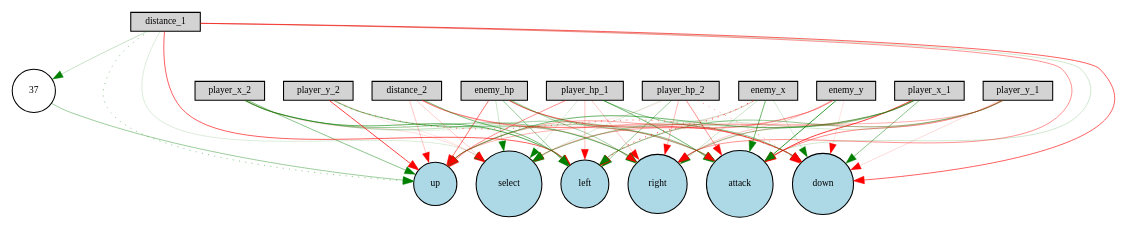
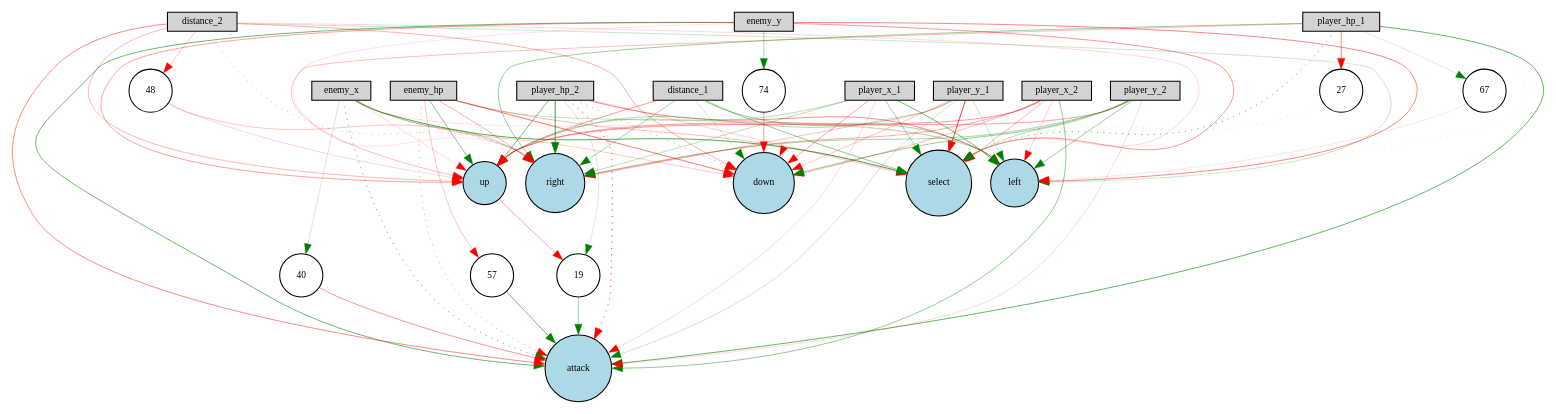
The diagram in neat/neat3/Digraph.gv (zxcvbnmditto/StarCraft2-Happy-Kitting), drawn with Graphviz before and after one commit. The commit also changed 111 other files, not shown here.

```diff
--- a/neat/neat3/Digraph.gv
+++ b/neat/neat3/Digraph.gv
@@ -1,89 +1,107 @@
 digraph {
 	node [fontsize=9 height=0.2 shape=circle width=0.2]
 	enemy_hp [fillcolor=lightgray shape=box style=filled]
 	player_hp_1 [fillcolor=lightgray shape=box style=filled]
 	player_hp_2 [fillcolor=lightgray shape=box style=filled]
 	enemy_x [fillcolor=lightgray shape=box style=filled]
 	enemy_y [fillcolor=lightgray shape=box style=filled]
 	player_x_1 [fillcolor=lightgray shape=box style=filled]
 	player_y_1 [fillcolor=lightgray shape=box style=filled]
 	player_x_2 [fillcolor=lightgray shape=box style=filled]
 	player_y_2 [fillcolor=lightgray shape=box style=filled]
 	distance_1 [fillcolor=lightgray shape=box style=filled]
 	distance_2 [fillcolor=lightgray shape=box style=filled]
 	attack [fillcolor=lightblue style=filled]
 	up [fillcolor=lightblue style=filled]
 	down [fillcolor=lightblue style=filled]
 	left [fillcolor=lightblue style=filled]
 	right [fillcolor=lightblue style=filled]
 	select [fillcolor=lightblue style=filled]
-	37 [fillcolor=white style=filled]
-	enemy_x -> select [color=red penwidth=0.148402605639669 style=solid]
-	distance_1 -> down [color=red penwidth=0.5921571532000358 style=solid]
-	enemy_hp -> attack [color=green penwidth=0.4091626575210294 style=solid]
-	player_y_1 -> right [color=red penwidth=0.16676778141570975 style=solid]
-	distance_2 -> up [color=red penwidth=0.22333139187010934 style=solid]
-	enemy_y -> select [color=red penwidth=0.27555166276486487 style=solid]
-	player_x_1 -> left [color=red penwidth=0.17807673333852178 style=solid]
-	enemy_hp -> right [color=green penwidth=0.3287016730295921 style=solid]
-	player_y_2 -> down [color=red penwidth=0.5725557623620717 style=dotted]
-	enemy_x -> down [color=green penwidth=0.16983377529714533 style=solid]
-	player_y_1 -> attack [color=red penwidth=0.4437868176003422 style=solid]
-	player_y_2 -> select [color=red penwidth=0.10479136429554742 style=solid]
-	distance_2 -> select [color=red penwidth=0.1888121927023826 style=solid]
-	player_hp_1 -> select [color=green penwidth=0.14787002485821024 style=solid]
-	player_hp_2 -> left [color=green penwidth=0.38466174962223787 style=solid]
-	player_x_2 -> up [color=green penwidth=0.44494368658718575 style=solid]
-	player_x_2 -> right [color=green penwidth=0.38872500336539817 style=solid]
-	player_hp_1 -> attack [color=green penwidth=0.5386486055055838 style=solid]
-	distance_1 -> left [color=red penwidth=0.5996038387885452 style=solid]
-	37 -> up [color=green penwidth=0.36700964971858474 style=solid]
-	enemy_hp -> up [color=red penwidth=0.5273439637002881 style=solid]
-	enemy_y -> up [color=red penwidth=0.32165497347696304 style=solid]
-	distance_2 -> attack [color=red penwidth=0.3297070187297245 style=solid]
-	player_y_2 -> left [color=green penwidth=0.1228791512924999 style=solid]
-	player_x_1 -> attack [color=red penwidth=0.7429642948124171 style=solid]
-	enemy_x -> left [color=red penwidth=0.7629496138425892 style=dotted]
-	enemy_y -> left [color=green penwidth=0.18643583169817263 style=dotted]
-	distance_1 -> right [color=red penwidth=0.4073124066805296 style=solid]
-	distance_2 -> right [color=red penwidth=0.1317606561808157 style=solid]
-	enemy_y -> right [color=red penwidth=0.2069974517832121 style=solid]
-	player_x_1 -> right [color=green penwidth=0.3978685951244343 style=solid]
-	player_y_2 -> up [color=red penwidth=0.7082072771874427 style=solid]
-	player_hp_2 -> down [color=red penwidth=0.38321188662345507 style=dotted]
-	player_y_1 -> left [color=green penwidth=0.40016399500554023 style=solid]
-	distance_1 -> attack [color=green penwidth=0.17847167140796572 style=solid]
-	player_x_2 -> down [color=green penwidth=0.10744898343158746 style=solid]
-	enemy_y -> attack [color=green penwidth=0.7586611290395692 style=solid]
-	enemy_y -> down [color=red penwidth=0.11371400403161608 style=solid]
-	player_hp_1 -> down [color=green penwidth=0.4264679864258003 style=solid]
-	player_x_1 -> up [color=green penwidth=0.5018572603567156 style=solid]
-	player_x_2 -> select [color=red penwidth=0.11758865500116777 style=solid]
-	enemy_hp -> down [color=red penwidth=0.5750774471619617 style=solid]
-	player_hp_1 -> up [color=red penwidth=0.42667216210096137 style=solid]
-	distance_1 -> select [color=green penwidth=0.1382542893435708 style=solid]
-	distance_2 -> left [color=green penwidth=0.5136282535752663 style=solid]
-	player_hp_2 -> up [color=red penwidth=0.10019237536710822 style=solid]
-	player_x_1 -> select [color=green penwidth=0.2524557578012204 style=solid]
-	player_y_2 -> attack [color=green penwidth=0.144353750454876 style=solid]
-	enemy_x -> attack [color=green penwidth=0.551444527060225 style=solid]
-	player_y_1 -> down [color=red penwidth=0.13840233838575056 style=solid]
-	distance_1 -> up [color=green penwidth=0.4165554251346093 style=dotted]
-	distance_1 -> 37 [color=green penwidth=0.21772336449779933 style=solid]
-	player_hp_2 -> select [color=green penwidth=0.13630393526712808 style=solid]
-	player_y_2 -> right [color=green penwidth=0.3891567456865773 style=solid]
-	enemy_hp -> select [color=green penwidth=0.19854925809279397 style=solid]
-	enemy_x -> right [color=green penwidth=0.20826457747136864 style=solid]
-	player_hp_1 -> left [color=red penwidth=0.22762330030349512 style=solid]
-	player_y_1 -> select [color=green penwidth=0.17595713704554672 style=solid]
-	distance_2 -> down [color=red penwidth=0.2752145029106515 style=solid]
-	player_x_2 -> left [color=green penwidth=0.5799479134838335 style=solid]
-	player_hp_2 -> attack [color=red penwidth=0.41922668602728397 style=solid]
-	player_x_1 -> down [color=green penwidth=0.4363954598525388 style=solid]
-	enemy_hp -> left [color=green penwidth=0.39622269875491944 style=solid]
-	enemy_x -> up [color=green penwidth=0.16598040949599568 style=solid]
-	player_y_1 -> up [color=red penwidth=0.2873602793197182 style=solid]
-	player_hp_1 -> right [color=red penwidth=0.2052735512391483 style=solid]
-	player_hp_2 -> right [color=red penwidth=0.27354277922063397 style=solid]
-	player_x_2 -> attack [color=green penwidth=0.2609364522417229 style=solid]
+	67 [fillcolor=white style=filled]
+	40 [fillcolor=white style=filled]
+	74 [fillcolor=white style=filled]
+	48 [fillcolor=white style=filled]
+	19 [fillcolor=white style=filled]
+	57 [fillcolor=white style=filled]
+	27 [fillcolor=white style=filled]
+	enemy_x -> select [color=green penwidth=0.627700623530147 style=solid]
+	player_hp_1 -> 27 [color=red penwidth=0.47727979086579964 style=solid]
+	distance_1 -> down [color=green penwidth=0.1727638357311606 style=solid]
+	enemy_hp -> attack [color=red penwidth=0.38739726385430906 style=dotted]
+	player_y_1 -> right [color=red penwidth=0.24926631360326218 style=solid]
+	distance_2 -> up [color=red penwidth=0.2747061254199685 style=solid]
+	player_hp_2 -> left [color=red penwidth=0.4317761628015355 style=solid]
+	player_x_2 -> select [color=red penwidth=0.28359377381570994 style=solid]
+	player_hp_1 -> right [color=green penwidth=0.36195200193101384 style=solid]
+	player_y_2 -> down [color=green penwidth=0.38951036767820013 style=solid]
+	enemy_x -> 40 [color=green penwidth=0.1676471936236803 style=solid]
+	48 -> up [color=red penwidth=0.15586224195491133 style=solid]
+	enemy_x -> down [color=red penwidth=0.21494859555385343 style=solid]
+	player_y_1 -> attack [color=green penwidth=0.1911382991192892 style=solid]
+	distance_2 -> select [color=red penwidth=0.15374344810286406 style=solid]
+	player_hp_1 -> select [color=green penwidth=0.5857025364704765 style=dotted]
+	enemy_y -> select [color=red penwidth=0.38642923065102597 style=solid]
+	19 -> attack [color=green penwidth=0.3284980272437639 style=solid]
+	57 -> attack [color=green penwidth=0.5415276523057616 style=solid]
+	player_x_1 -> down [color=red penwidth=0.33791961405464216 style=solid]
+	enemy_hp -> 57 [color=red penwidth=0.2287707793349636 style=solid]
+	player_hp_1 -> attack [color=green penwidth=0.5653397656288031 style=solid]
+	distance_1 -> left [color=green penwidth=0.34388139512692417 style=solid]
+	player_hp_1 -> left [color=red penwidth=0.12232687361278322 style=dotted]
+	player_hp_1 -> up [color=red penwidth=0.2497869328873416 style=solid]
+	enemy_y -> up [color=red penwidth=0.3508964917187536 style=solid]
+	distance_2 -> attack [color=red penwidth=0.4438806852154601 style=solid]
+	player_x_2 -> attack [color=green penwidth=0.4036386193032978 style=solid]
+	player_hp_1 -> 67 [color=green penwidth=0.12594375693428256 style=solid]
+	player_x_1 -> attack [color=red penwidth=0.15084389710218446 style=solid]
+	40 -> attack [color=red penwidth=0.40431223320392873 style=solid]
+	enemy_x -> left [color=red penwidth=0.10852583625438737 style=solid]
+	player_hp_2 -> select [color=red penwidth=0.18563555242623844 style=solid]
+	distance_1 -> right [color=green penwidth=0.32389334204365317 style=solid]
+	distance_2 -> right [color=red penwidth=0.28979632908096686 style=dotted]
+	player_hp_2 -> down [color=red penwidth=0.4075379634230514 style=dotted]
+	player_x_1 -> right [color=green penwidth=0.24676572269588043 style=solid]
+	player_x_2 -> up [color=red penwidth=0.3661958320894565 style=solid]
+	player_y_2 -> up [color=red penwidth=0.3481168556041093 style=solid]
+	enemy_y -> right [color=red penwidth=0.11004284590657235 style=solid]
+	player_y_1 -> left [color=green penwidth=0.2149601739372724 style=solid]
+	player_x_2 -> down [color=red penwidth=0.26917722807199734 style=solid]
+	enemy_y -> attack [color=green penwidth=0.5315359152352757 style=solid]
+	player_y_2 -> select [color=green penwidth=0.24802649398905305 style=solid]
+	player_x_1 -> up [color=green penwidth=0.24970611919659552 style=solid]
+	player_x_1 -> left [color=green penwidth=0.5137823789541984 style=solid]
+	enemy_hp -> down [color=red penwidth=0.5068277840700802 style=solid]
+	player_x_2 -> left [color=red penwidth=0.20404454633413888 style=solid]
+	27 -> select [color=green penwidth=0.1540713995901187 style=dotted]
+	distance_1 -> select [color=green penwidth=0.4126741449475183 style=solid]
+	distance_2 -> left [color=green penwidth=0.192561571258893 style=solid]
+	player_hp_2 -> up [color=green penwidth=0.5042450607978529 style=solid]
+	enemy_y -> 74 [color=green penwidth=0.32103565749111024 style=solid]
+	up -> 19 [color=red penwidth=0.34133121915819836 style=solid]
+	player_y_2 -> attack [color=red penwidth=0.15225240913704996 style=solid]
+	player_hp_2 -> right [color=green penwidth=0.7138116330423278 style=solid]
+	distance_2 -> 48 [color=red penwidth=0.21529442036471846 style=solid]
+	enemy_x -> attack [color=green penwidth=0.5783192423537256 style=dotted]
+	player_y_1 -> down [color=red penwidth=0.22879316394333485 style=solid]
+	distance_1 -> up [color=red penwidth=0.37977699320303027 style=solid]
+	enemy_y -> left [color=red penwidth=0.4452502444534071 style=solid]
+	player_y_2 -> right [color=green penwidth=0.33438559639492216 style=solid]
+	enemy_hp -> up [color=green penwidth=0.4379970011180091 style=solid]
+	enemy_x -> right [color=green penwidth=0.30821033631224953 style=solid]
+	67 -> left [color=red penwidth=0.10161656935130362 style=solid]
+	player_hp_2 -> 19 [color=green penwidth=0.15147047211751652 style=solid]
+	enemy_hp -> left [color=green penwidth=0.23392632540113661 style=solid]
+	player_y_1 -> select [color=red penwidth=0.7431895754221163 style=solid]
+	48 -> right [color=red penwidth=0.22161492407291822 style=solid]
+	distance_2 -> down [color=red penwidth=0.29509168319680734 style=solid]
+	player_x_1 -> select [color=green penwidth=0.34549853633993033 style=solid]
+	player_hp_2 -> attack [color=red penwidth=0.7996132742785257 style=dotted]
+	player_x_2 -> right [color=red penwidth=0.30558383035222636 style=solid]
+	player_y_2 -> left [color=green penwidth=0.37463323902507606 style=solid]
+	enemy_x -> up [color=red penwidth=0.14897257582028303 style=solid]
+	player_y_1 -> up [color=green penwidth=0.28712934763049713 style=solid]
+	enemy_hp -> select [color=red penwidth=0.2483246924330967 style=solid]
+	enemy_hp -> right [color=red penwidth=0.32497349071496395 style=solid]
+	enemy_y -> down [color=red penwidth=0.1289447211838465 style=dotted]
+	74 -> down [color=red penwidth=0.36683696437488367 style=solid]
 }
```
